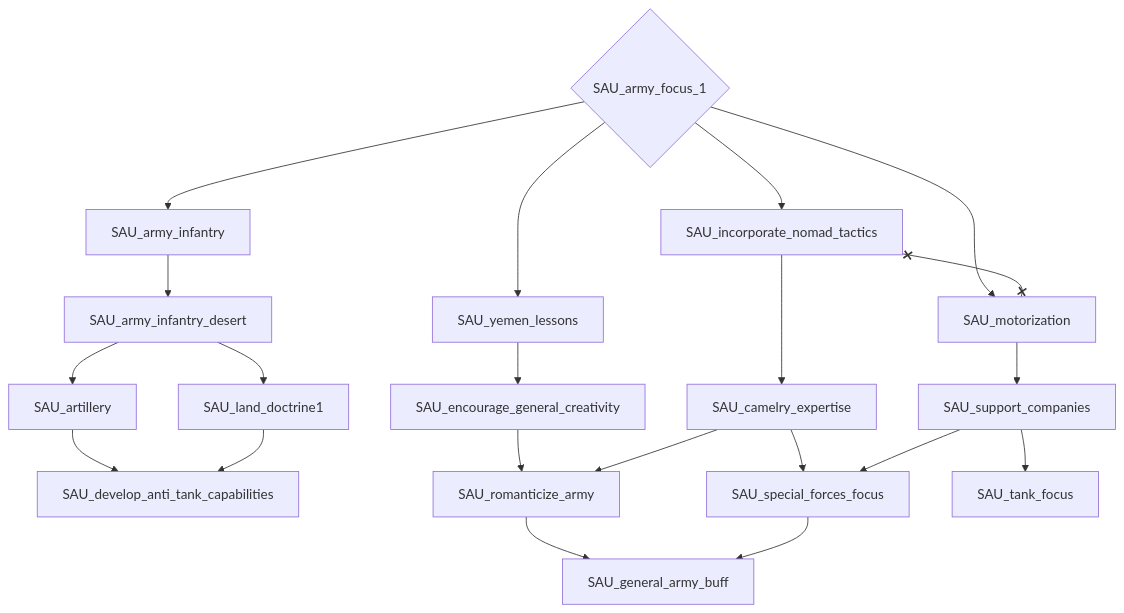
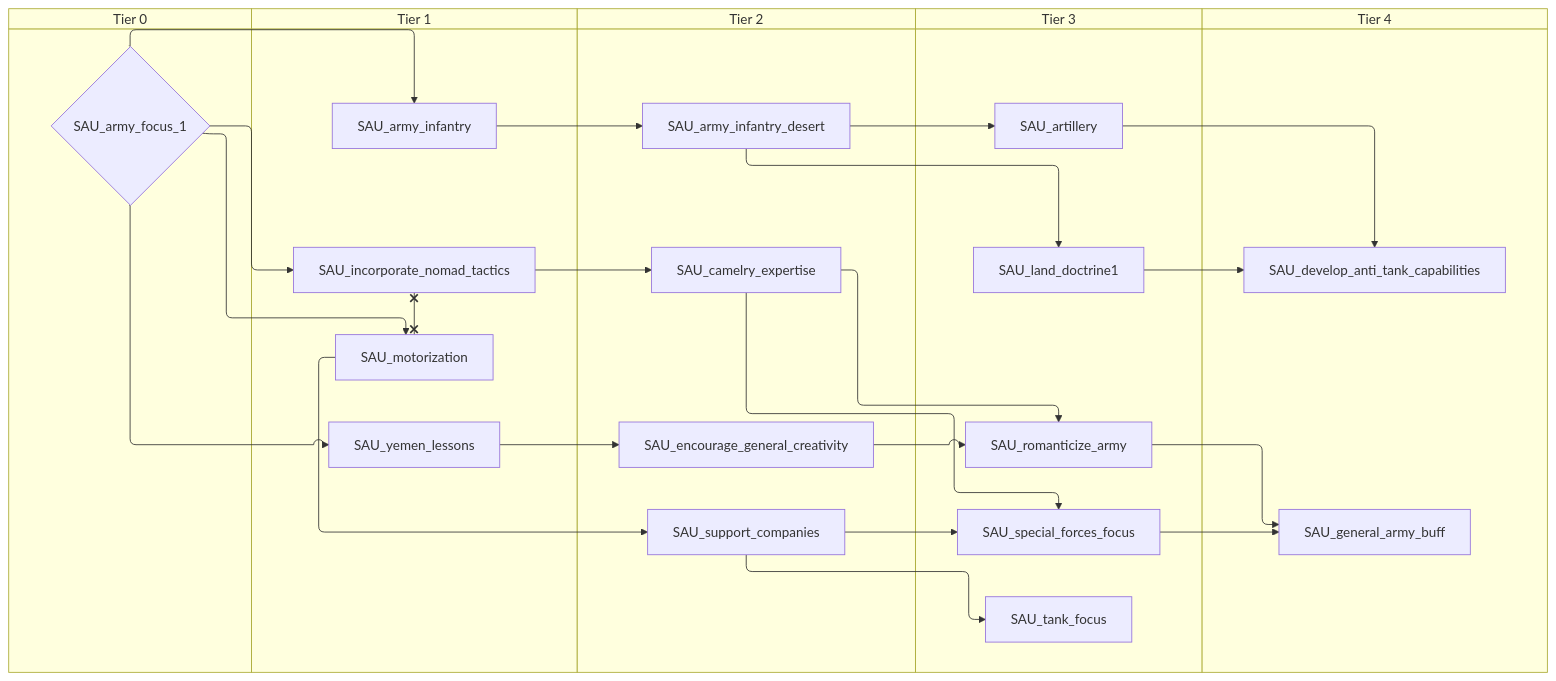
Before and after one commit to evgeny-sobol/hoi4-sandbox-mode-r56: the first of 2 diagrams in docs/gdd/National Focuses/saudi_arabia.md, drawn with Mermaid. The commit also changed other lines of this file and 423 other files, not shown here.

First line of the commit message:
Re-export Rt56 focus trees as swimlane diagrams

````diff
--- a/docs/gdd/National Focuses/saudi_arabia.md
+++ b/docs/gdd/National Focuses/saudi_arabia.md
@@ -3,39 +3,49 @@
 ```mermaid
-flowchart TD
-    n1{"SAU_army_focus_1"}
-    n2["SAU_army_infantry"]
-    n3["SAU_army_infantry_desert"]
-    n4["SAU_artillery"]
-    n5["SAU_camelry_expertise"]
-    n6["SAU_develop_anti_tank_capabilities"]
-    n7["SAU_encourage_general_creativity"]
-    n8["SAU_general_army_buff"]
-    n9["SAU_incorporate_nomad_tactics"]
-    n10["SAU_land_doctrine1"]
-    n11["SAU_motorization"]
-    n12["SAU_romanticize_army"]
-    n13["SAU_special_forces_focus"]
-    n14["SAU_support_companies"]
-    n15["SAU_tank_focus"]
-    n16["SAU_yemen_lessons"]
+swimlane-beta TD
+    subgraph tier_0["Tier 0"]
+        n1{"SAU_army_focus_1"}
+    end
+    subgraph tier_1["Tier 1"]
+        n2["SAU_army_infantry"]
+        n3["SAU_incorporate_nomad_tactics"]
+        n4["SAU_motorization"]
+        n5["SAU_yemen_lessons"]
+    end
+    subgraph tier_2["Tier 2"]
+        n6["SAU_army_infantry_desert"]
+        n7["SAU_camelry_expertise"]
+        n8["SAU_encourage_general_creativity"]
+        n9["SAU_support_companies"]
+    end
+    subgraph tier_3["Tier 3"]
+        n10["SAU_artillery"]
+        n11["SAU_land_doctrine1"]
+        n12["SAU_romanticize_army"]
+        n13["SAU_special_forces_focus"]
+        n14["SAU_tank_focus"]
+    end
+    subgraph tier_4["Tier 4"]
+        n15["SAU_develop_anti_tank_capabilities"]
+        n16["SAU_general_army_buff"]
+    end
     n1 --> n2
-    n2 --> n3
-    n3 --> n4
-    n9 --> n5
-    n4 --> n6
-    n10 --> n6
-    n16 --> n7
-    n12 --> n8
-    n13 --> n8
-    n1 --> n9
-    n3 --> n10
-    n1 --> n11
+    n2 --> n6
+    n6 --> n10
+    n3 --> n7
+    n10 --> n15
+    n11 --> n15
+    n5 --> n8
+    n12 --> n16
+    n13 --> n16
+    n1 --> n3
+    n6 --> n11
+    n1 --> n4
+    n8 --> n12
     n7 --> n12
-    n5 --> n12
-    n5 --> n13
-    n14 --> n13
-    n11 --> n14
-    n14 --> n15
-    n1 --> n16
-    n9 x--x n11
+    n7 --> n13
+    n9 --> n13
+    n4 --> n9
+    n9 --> n14
+    n1 --> n5
+    n3 x--x n4
 ```
````
